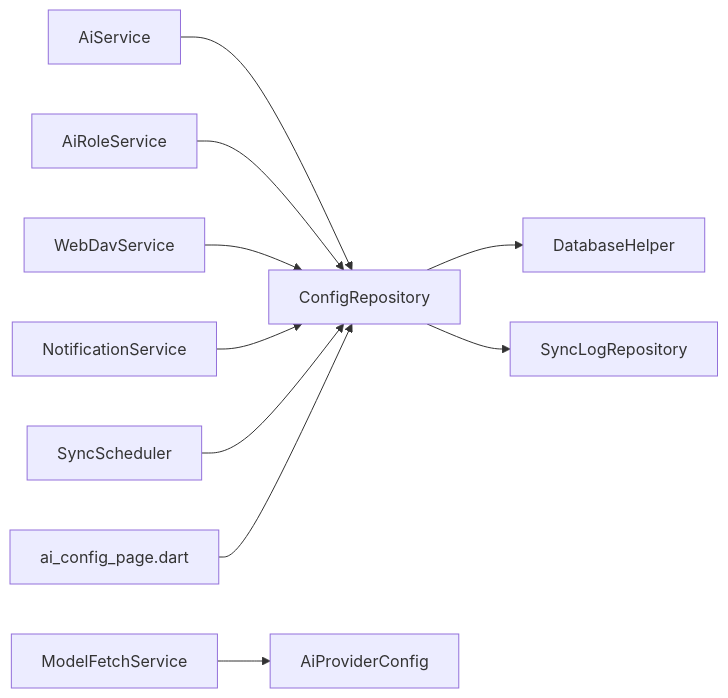
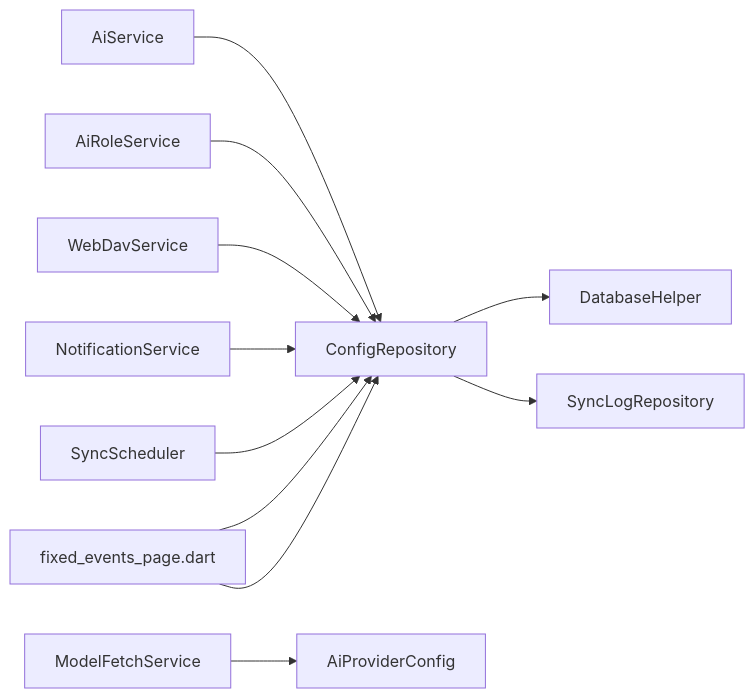
One commit to favoroo/QNote changed the tenth of 11 diagrams in .qoder/repowiki/en/content/Configuration and Settings/Configuration and Settings.md. Above: the diagram before and after it, drawn with Mermaid. The commit also changed other lines of this file and 68 other files, not shown here.

````diff
--- a/.qoder/repowiki/en/content/Configuration and Settings/Configuration and Settings.md
+++ b/.qoder/repowiki/en/content/Configuration and Settings/Configuration and Settings.md
@@ -398,12 +439,13 @@
 ```mermaid
 graph LR
 ConfigRepository --> DatabaseHelper
 ConfigRepository --> SyncLogRepository
 AiService --> ConfigRepository
 AiRoleService --> ConfigRepository
 ModelFetchService --> AiProviderConfig
 WebDavService --> ConfigRepository
 NotificationService --> ConfigRepository
 SyncScheduler --> ConfigRepository
 UI["ai_config_page.dart"] --> ConfigRepository
+UI["fixed_events_page.dart"] --> ConfigRepository
 ```
````
